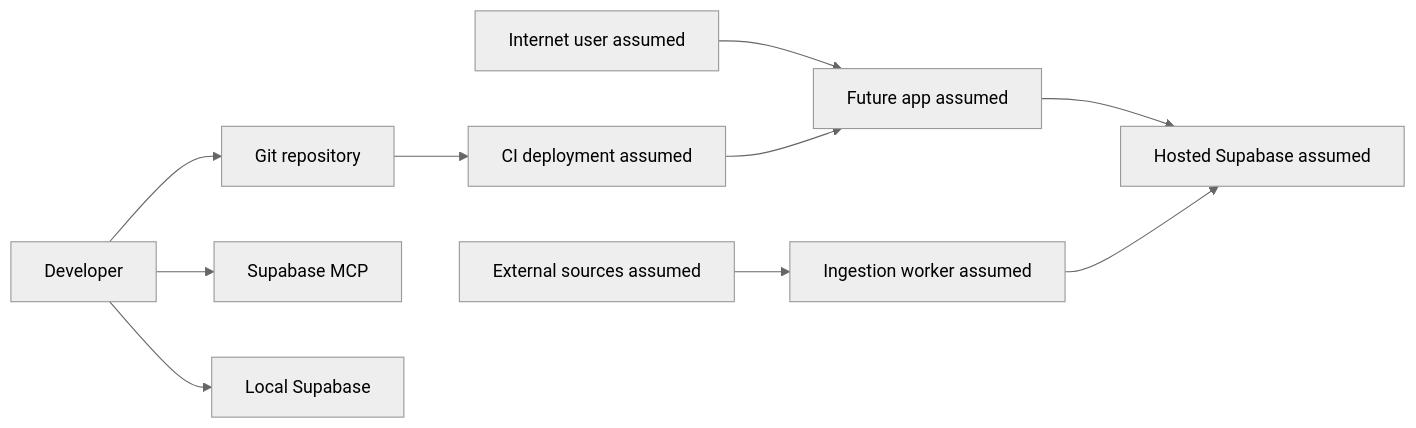
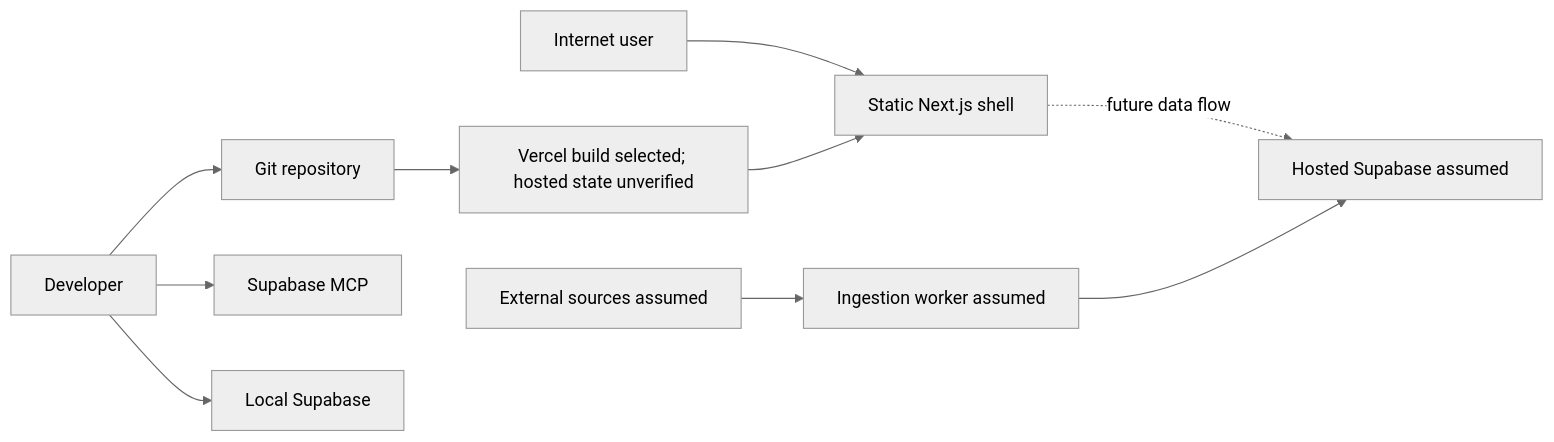
Before and after one commit to kevinmarqfarh/Staden: the diagram in docs/security/staden-threat-model.md, drawn with Mermaid (neutral theme). The commit also changed other lines of this file and 21 other files, not shown here.

Commit message:
Create deployable Next.js application shell

````diff
--- a/docs/security/staden-threat-model.md
+++ b/docs/security/staden-threat-model.md
@@ -53,12 +56,12 @@
 ```mermaid
 flowchart LR
     Dev["Developer"] --> Git["Git repository"]
     Dev --> MCP["Supabase MCP"]
     Dev --> Local["Local Supabase"]
-    User["Internet user assumed"] --> App["Future app assumed"]
-    App --> Cloud["Hosted Supabase assumed"]
+    User["Internet user"] --> App["Static Next.js shell"]
+    App -. "future data flow" .-> Cloud["Hosted Supabase assumed"]
     Sources["External sources assumed"] --> Worker["Ingestion worker assumed"]
     Worker --> Cloud
-    Git --> Deploy["CI deployment assumed"]
+    Git --> Deploy["Vercel build selected; hosted state unverified"]
     Deploy --> App
 ```
````
